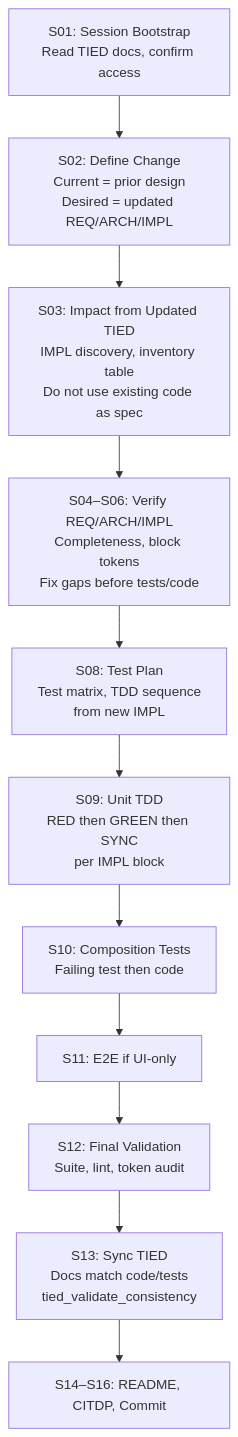
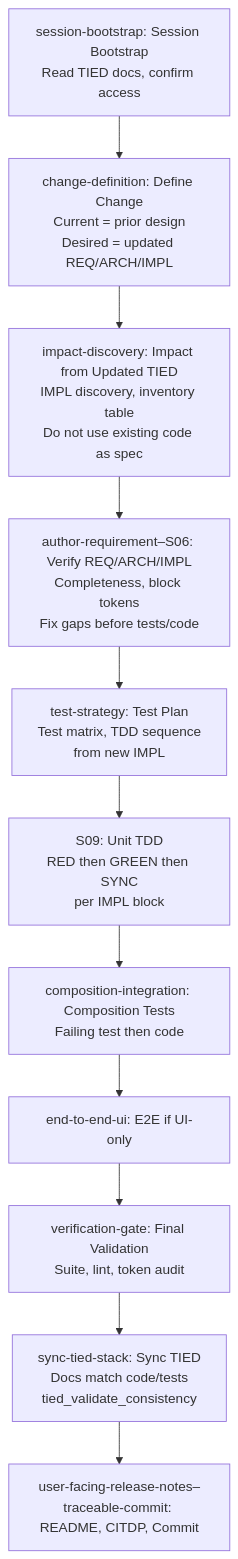
Before and after one commit to fareedst/bkpdir: the diagram in tied/docs/tied-first-implementation-procedure.md, drawn with Mermaid. The commit also changed other lines of this file and 251 other files, not shown here.

````diff
--- a/tied/docs/tied-first-implementation-procedure.md
+++ b/tied/docs/tied-first-implementation-procedure.md
@@ -91,16 +91,16 @@
 ```mermaid
 flowchart TD
-  S01["S01: Session Bootstrap\nRead TIED docs, confirm access"]
-  S02["S02: Define Change\nCurrent = prior design\nDesired = updated REQ/ARCH/IMPL"]
-  S03["S03: Impact from Updated TIED\nIMPL discovery, inventory table\nDo not use existing code as spec"]
-  Verify["S04–S06: Verify REQ/ARCH/IMPL\nCompleteness, block tokens\nFix gaps before tests/code"]
-  S08["S08: Test Plan\nTest matrix, TDD sequence\nfrom new IMPL"]
+  session-bootstrap["session-bootstrap: Session Bootstrap\nRead TIED docs, confirm access"]
+  change-definition["change-definition: Define Change\nCurrent = prior design\nDesired = updated REQ/ARCH/IMPL"]
+  impact-discovery["impact-discovery: Impact from Updated TIED\nIMPL discovery, inventory table\nDo not use existing code as spec"]
+  Verify["author-requirement–S06: Verify REQ/ARCH/IMPL\nCompleteness, block tokens\nFix gaps before tests/code"]
+  test-strategy["test-strategy: Test Plan\nTest matrix, TDD sequence\nfrom new IMPL"]
   TDD["S09: Unit TDD\nRED then GREEN then SYNC\nper IMPL block"]
-  S10["S10: Composition Tests\nFailing test then code"]
-  S11["S11: E2E if UI-only"]
-  S12["S12: Final Validation\nSuite, lint, token audit"]
-  Sync["S13: Sync TIED\nDocs match code/tests\ntied_validate_consistency"]
-  Commit["S14–S16: README, CITDP, Commit"]
+  composition-integration["composition-integration: Composition Tests\nFailing test then code"]
+  e2e_ui["end-to-end-ui: E2E if UI-only"]
+  verification-gate["verification-gate: Final Validation\nSuite, lint, token audit"]
+  Sync["sync-tied-stack: Sync TIED\nDocs match code/tests\ntied_validate_consistency"]
+  Commit["user-facing-release-notes–traceable-commit: README, CITDP, Commit"]
 
-  S01 --> S02 --> S03 --> Verify --> S08 --> TDD --> S10 --> S11 --> S12 --> Sync --> Commit
+  session-bootstrap --> change-definition --> impact-discovery --> Verify --> test-strategy --> TDD --> composition-integration --> e2e_ui --> verification-gate --> Sync --> Commit
 ```
````
